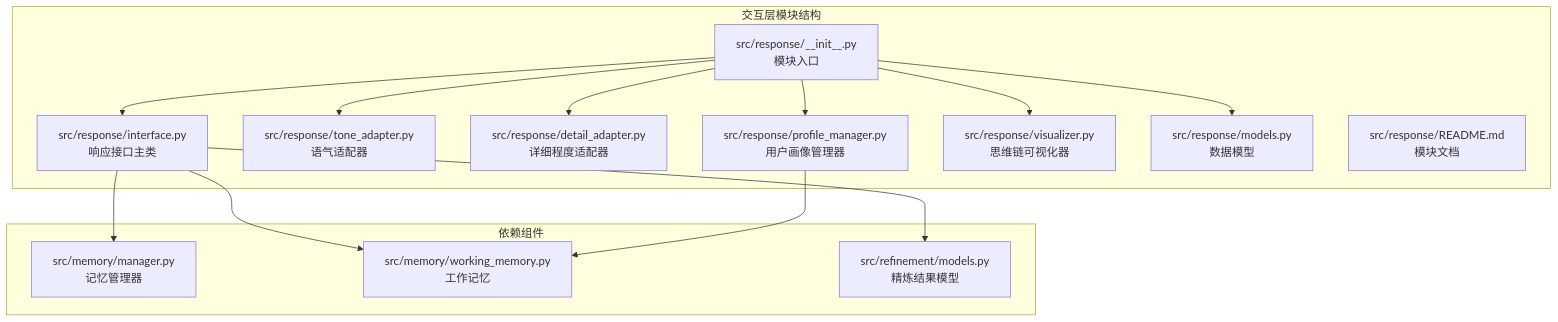
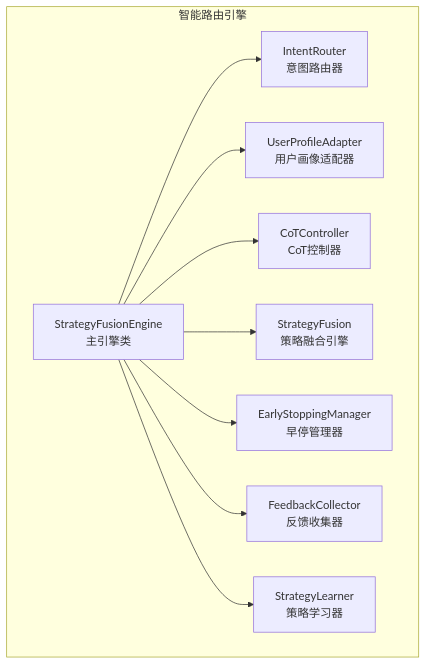
Before and after one commit to JieGaoPrinceton/NecoRAG: the first of 11 diagrams in .qoder/repowiki/zh/content/交互层模块/交互层模块.md, drawn with Mermaid. The commit also changed other lines of this file and 82 other files, not shown here.

````diff
--- a/.qoder/repowiki/zh/content/交互层模块/交互层模块.md
+++ b/.qoder/repowiki/zh/content/交互层模块/交互层模块.md
@@ -49,28 +95,20 @@
 ```mermaid
 graph TB
-subgraph "交互层模块结构"
-A[src/response/__init__.py<br/>模块入口]
-B[src/response/interface.py<br/>响应接口主类]
-C[src/response/tone_adapter.py<br/>语气适配器]
-D[src/response/detail_adapter.py<br/>详细程度适配器]
-E[src/response/profile_manager.py<br/>用户画像管理器]
-F[src/response/visualizer.py<br/>思维链可视化器]
-G[src/response/models.py<br/>数据模型]
-H[src/response/README.md<br/>模块文档]
-end
-subgraph "依赖组件"
-I[src/memory/manager.py<br/>记忆管理器]
-J[src/memory/working_memory.py<br/>工作记忆]
-K[src/refinement/models.py<br/>精炼结果模型]
+subgraph "智能路由引擎"
+A[StrategyFusionEngine<br/>主引擎类]
+B[IntentRouter<br/>意图路由器]
+C[UserProfileAdapter<br/>用户画像适配器]
+D[CoTController<br/>CoT控制器]
+E[StrategyFusion<br/>策略融合引擎]
+F[EarlyStoppingManager<br/>早停管理器]
+G[FeedbackCollector<br/>反馈收集器]
+H[StrategyLearner<br/>策略学习器]
 end
 A --> B
 A --> C
 A --> D
 A --> E
 A --> F
 A --> G
-B --> I
-B --> J
-B --> K
-E --> J
+A --> H
 ```
````
